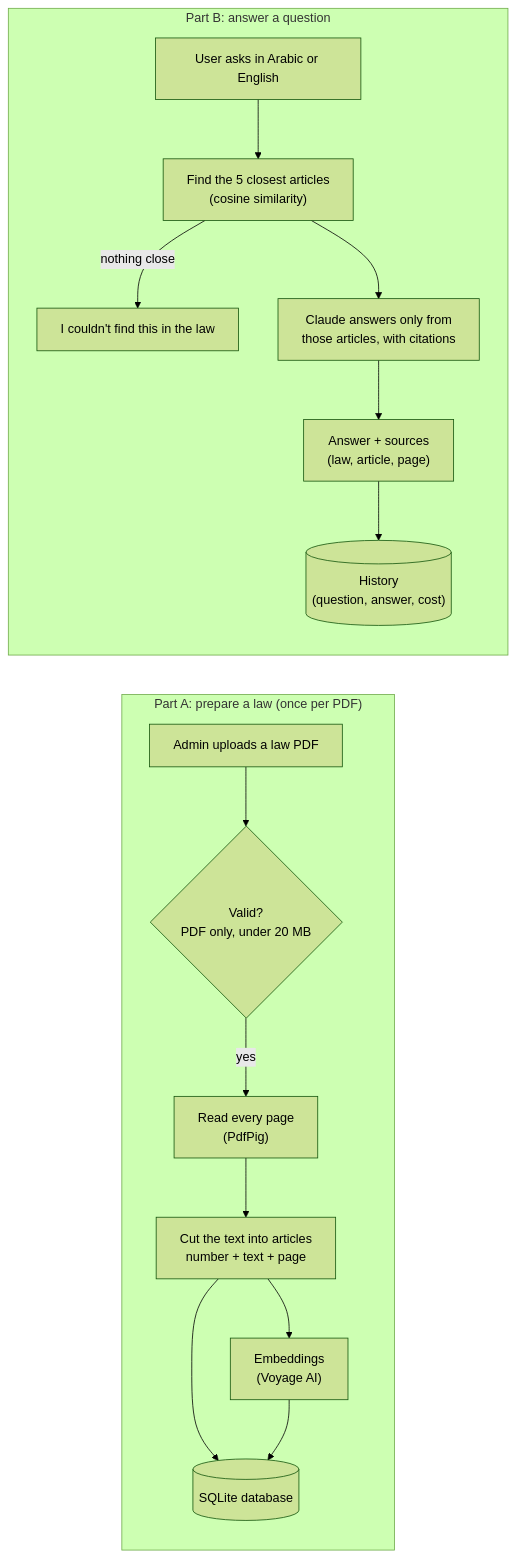
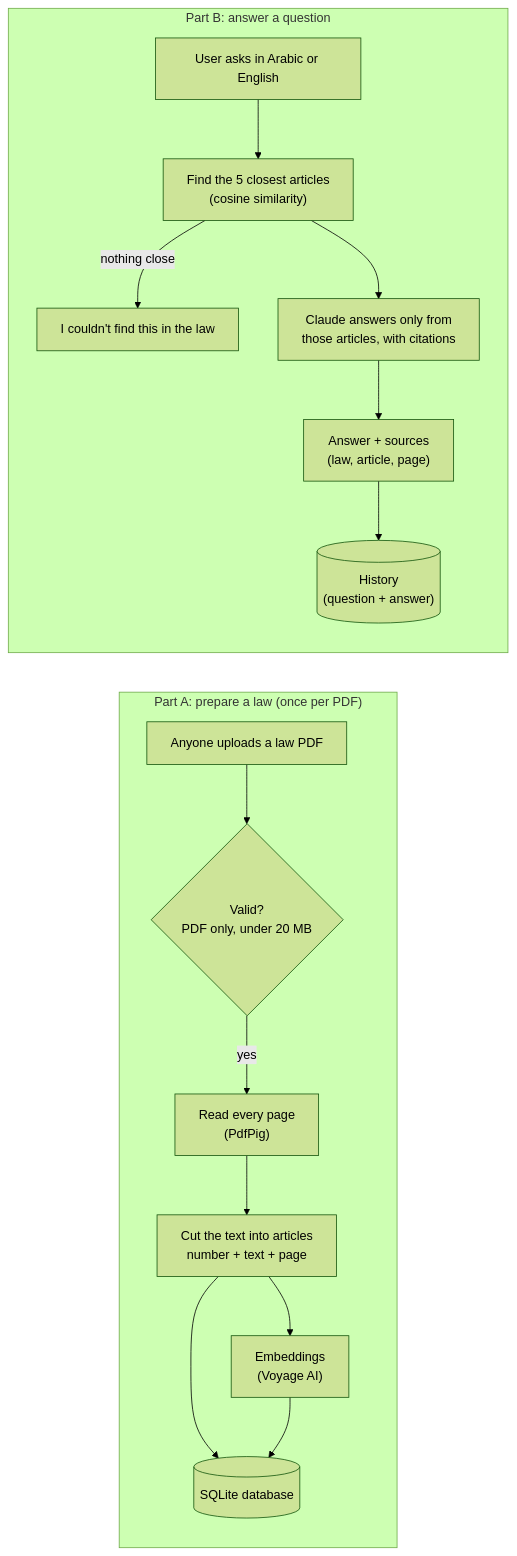
One commit to AliYasser1230/labor-law-assistant changed the diagram in README.md. Above: the diagram before and after it, drawn with Mermaid (forest theme). The commit also changed other lines of this file and 46 other files, not shown here.

````diff
--- a/README.md
+++ b/README.md
@@ -42,18 +43,18 @@
 ```mermaid
 flowchart LR
     subgraph A["Part A: prepare a law (once per PDF)"]
-        A1["Admin uploads a law PDF"] --> A2{"Valid?<br/>PDF only, under 20 MB"}
+        A1["Anyone uploads a law PDF"] --> A2{"Valid?<br/>PDF only, under 20 MB"}
         A2 -- yes --> A3["Read every page<br/>(PdfPig)"]
         A3 --> A4["Cut the text into articles<br/>number + text + page"]
         A4 --> A5[("SQLite database")]
         A4 --> A6["Embeddings<br/>(Voyage AI)"]
         A6 --> A5
     end
     subgraph B["Part B: answer a question"]
         B1["User asks in Arabic or English"] --> B2["Find the 5 closest articles<br/>(cosine similarity)"]
         B2 -- "nothing close" --> B5["I couldn't find this in the law"]
         B2 --> B3["Claude answers only from<br/>those articles, with citations"]
         B3 --> B4["Answer + sources<br/>(law, article, page)"]
-        B4 --> B6[("History<br/>(question, answer, cost)")]
+        B4 --> B6[("History<br/>(question + answer)")]
     end
 ```
````
